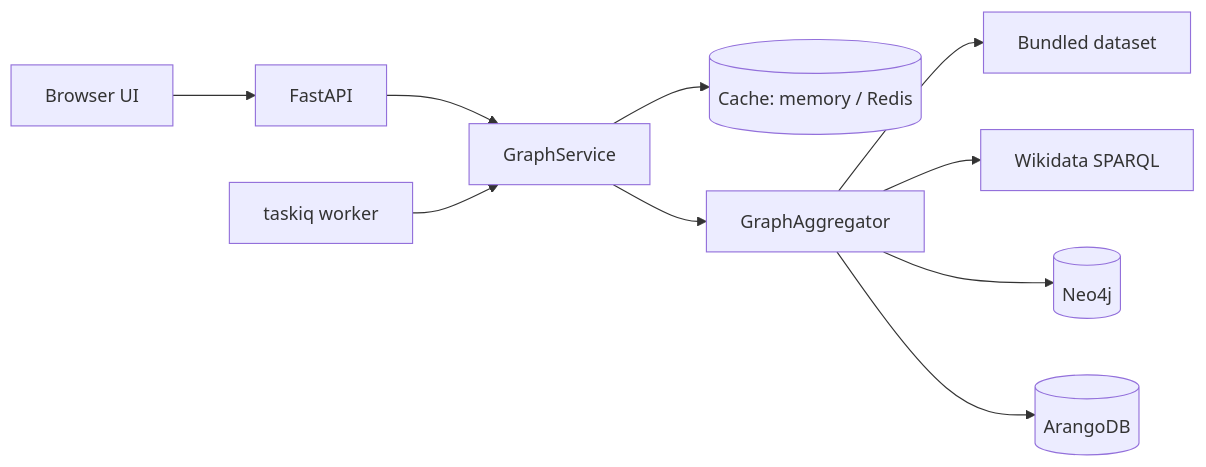
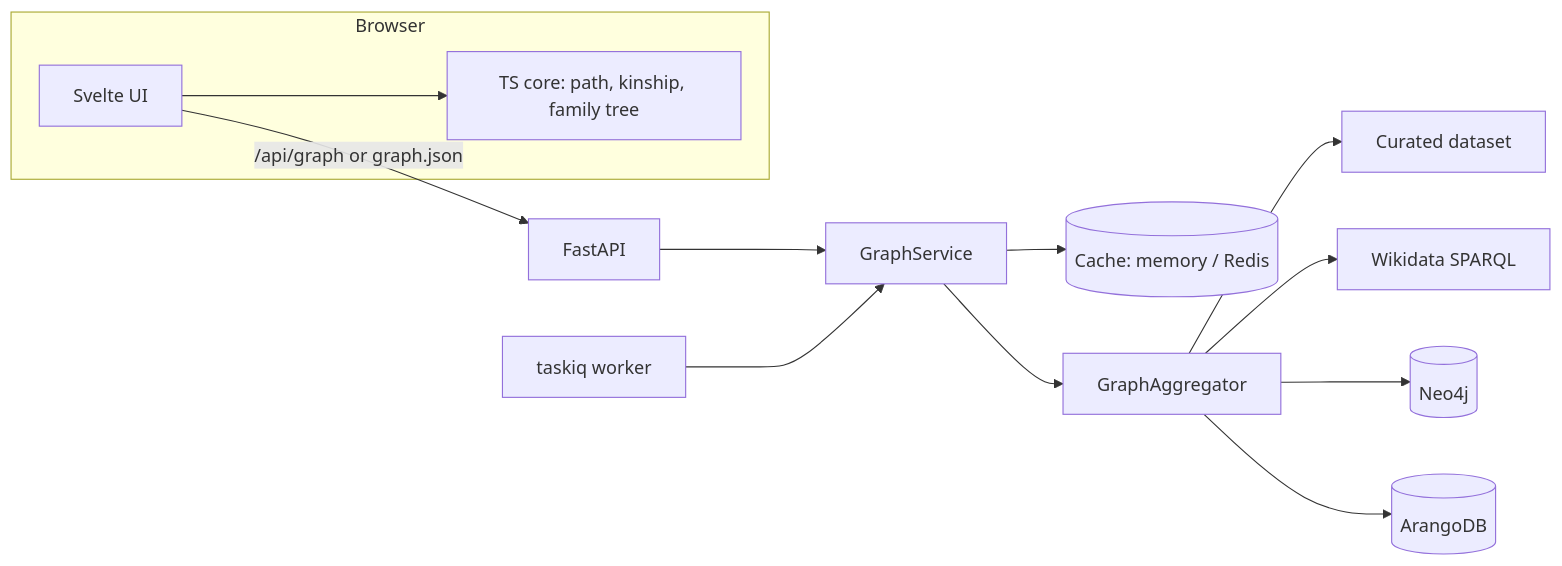
One commit to AI-Stratov/pantheon_graph changed the diagram in README.md. Above: the diagram before and after it, drawn with Mermaid. The commit also changed other lines of this file and 65 other files, not shown here.

````diff
--- a/README.md
+++ b/README.md
@@ -58,12 +82,15 @@
 ```mermaid
 flowchart LR
-    UI[Browser UI] --> API[FastAPI]
+    subgraph Browser
+        UI[Svelte UI] --> Core[TS core: path, kinship, family tree]
+    end
+    UI -- /api/graph or graph.json --> API[FastAPI]
     API --> S[GraphService]
     W[taskiq worker] --> S
     S --> C[(Cache: memory / Redis)]
     S --> A[GraphAggregator]
-    A --> M[Bundled dataset]
+    A --> M[Curated dataset]
     A --> WD[Wikidata SPARQL]
     A --> N[(Neo4j)]
     A --> AR[(ArangoDB)]
 ```
````
